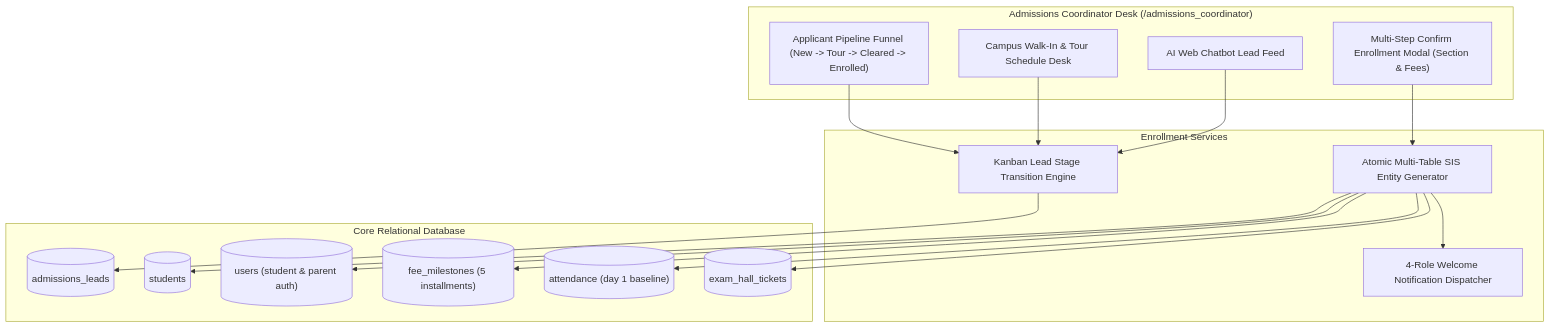
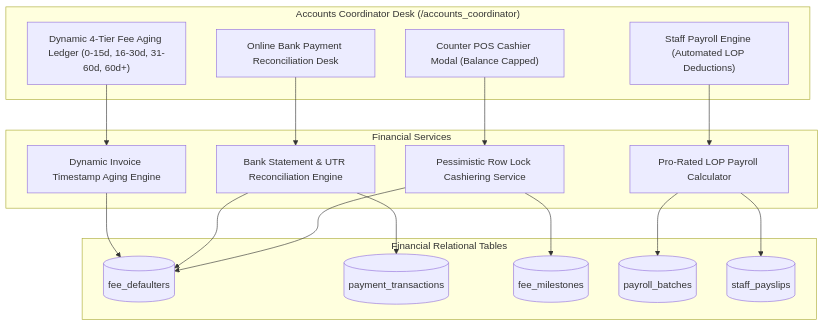
One commit to DiradzProducts/EDU360 changed diagram 14 of 20 in docs/architecture/ROLE_WISE_ARCHITECTURE_AND_WORKFLOWS.md. Above: the diagram before and after it, drawn with Mermaid. The commit also changed other lines of this file and 54 other files, not shown here.

Commit message:
feat(core): synchronize cross-role workflows, dynamic surveillance, and v10.0 architecture

````diff
--- a/docs/architecture/ROLE_WISE_ARCHITECTURE_AND_WORKFLOWS.md
+++ b/docs/architecture/ROLE_WISE_ARCHITECTURE_AND_WORKFLOWS.md
@@ -570,29 +615,29 @@
 ```mermaid
 graph TD
-    subgraph AdmissionsDesk ["Admissions Coordinator Desk (/admissions_coordinator)"]
-        UI_KANBAN["Applicant Pipeline Funnel (New -> Tour -> Cleared -> Enrolled)"]
-        UI_TOURS["Campus Walk-In & Tour Schedule Desk"]
-        UI_INQUIRY["AI Web Chatbot Lead Feed"]
-        UI_ENROLL_MODAL["Multi-Step Confirm Enrollment Modal (Section & Fees)"]
+    subgraph AccountsDesk ["Accounts Coordinator Desk (/accounts_coordinator)"]
+        UI_AGING["Dynamic 4-Tier Fee Aging Ledger (0-15d, 16-30d, 31-60d, 60d+)"]
+        UI_RECON["Online Bank Payment Reconciliation Desk"]
+        UI_COUNTER["Counter POS Cashier Modal (Balance Capped)"]
+        UI_PAYROLL["Staff Payroll Engine (Automated LOP Deductions)"]
     end
 
-    subgraph AdmissionsServices ["Enrollment Services"]
-        LEAD_ORCH["Kanban Lead Stage Transition Engine"]
-        PROVISION_ENGINE["Atomic Multi-Table SIS Entity Generator"]
-        NOTIF_BROADCAST["4-Role Welcome Notification Dispatcher"]
+    subgraph AccountsServices ["Financial Services"]
+        AGING_CALC["Dynamic Invoice Timestamp Aging Engine"]
+        RECON_ENGINE["Bank Statement & UTR Reconciliation Engine"]
+        CASHIER_SVC["Pessimistic Row Lock Cashiering Service"]
+        PAYROLL_CALC["Pro-Rated LOP Payroll Calculator"]
     end
 
-    subgraph TargetSISSchema ["Core Relational Database"]
-        DB_LEADS[("admissions_leads")]
-        DB_STUDENTS[("students")]
-        DB_USERS[("users (student & parent auth)")]
-        DB_FEES[("fee_milestones (5 installments)")]
-        DB_ATT[("attendance (day 1 baseline)")]
-        DB_TICKETS[("exam_hall_tickets")]
+    subgraph AccountsLedger ["Financial Relational Tables"]
+        DB_DEFAULTERS[("fee_defaulters")]
+        DB_TRANSACTIONS[("payment_transactions")]
+        DB_MILESTONES[("fee_milestones")]
+        DB_PAYROLL[("payroll_batches")]
+        DB_PAYSLIPS[("staff_payslips")]
     end
 
-    UI_KANBAN & UI_TOURS & UI_INQUIRY --> LEAD_ORCH --> DB_LEADS
-    UI_ENROLL_MODAL --> PROVISION_ENGINE
-    PROVISION_ENGINE --> DB_STUDENTS & DB_USERS & DB_FEES & DB_ATT & DB_TICKETS
-    PROVISION_ENGINE --> NOTIF_BROADCAST
+    UI_AGING --> AGING_CALC --> DB_DEFAULTERS
+    UI_RECON --> RECON_ENGINE --> DB_TRANSACTIONS & DB_DEFAULTERS
+    UI_COUNTER --> CASHIER_SVC --> DB_MILESTONES & DB_DEFAULTERS
+    UI_PAYROLL --> PAYROLL_CALC --> DB_PAYROLL & DB_PAYSLIPS
 ```
````
